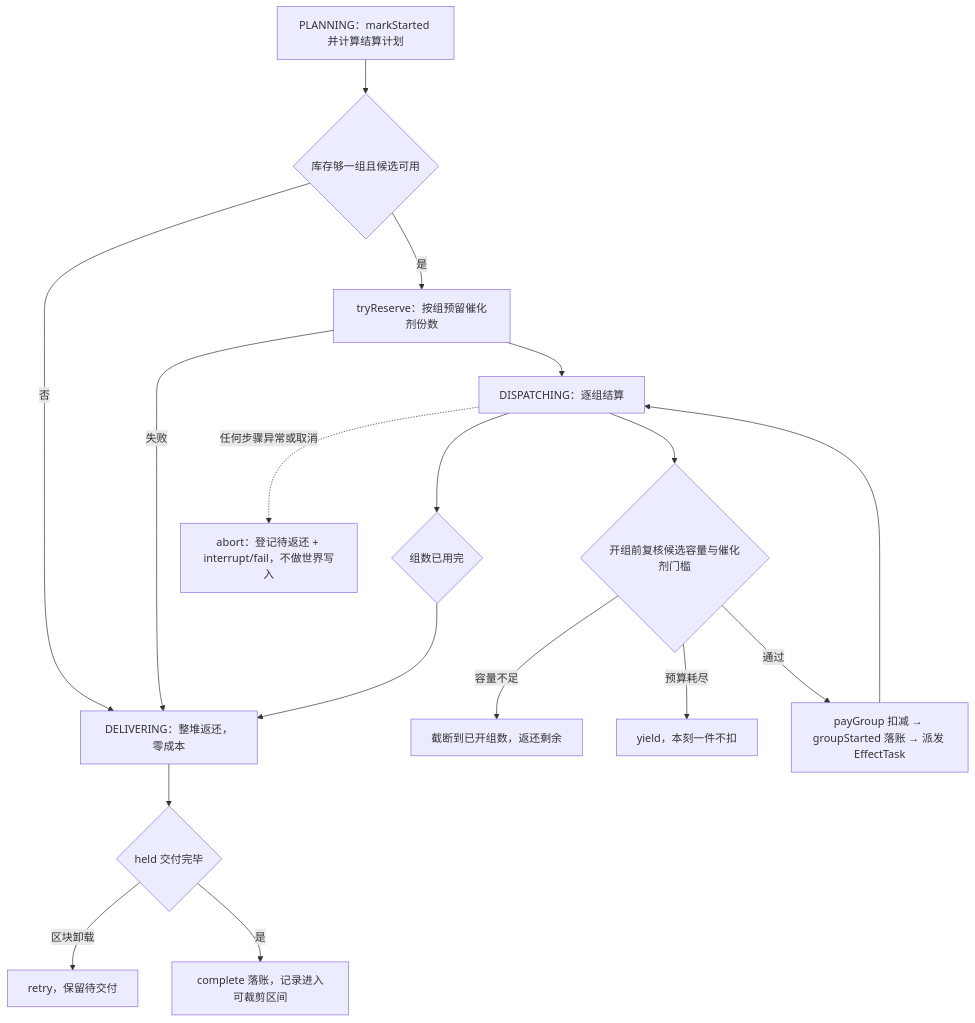
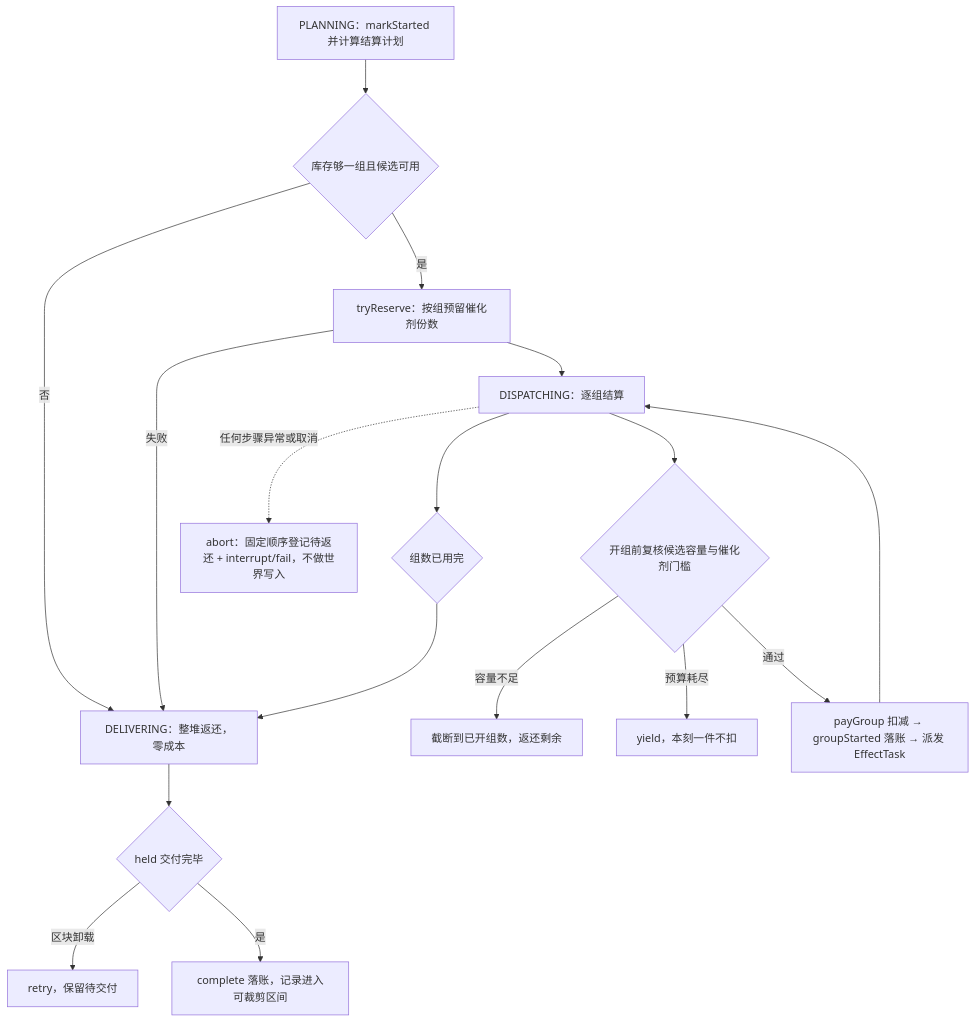
Before and after one commit to meteoritel/item-despawn-to-what: the third of 3 diagrams in docs/modules/conversion-runtime.md, drawn with Mermaid. The commit also changed other lines of this file and 18 other files, not shown here.

````diff
--- a/docs/modules/conversion-runtime.md
+++ b/docs/modules/conversion-runtime.md
@@ -130,19 +130,19 @@
 ```mermaid
 flowchart TB
     P["PLANNING：markStarted 并计算结算计划"] --> Q{"库存够一组且候选可用"}
     Q -->|"否"| DEL["DELIVERING：整堆返还，零成本"]
     Q -->|"是"| R["tryReserve：按组预留催化剂份数"]
     R -->|"失败"| DEL
     R --> S["DISPATCHING：逐组结算"]
     S --> T{"开组前复核候选容量与催化剂门槛"}
     T -->|"容量不足"| U["截断到已开组数，返还剩余"]
     T -->|"预算耗尽"| V["yield，本刻一件不扣"]
     T -->|"通过"| W["payGroup 扣减 → groupStarted 落账 → 派发 EffectTask"]
     W --> S
     S --> X{"组数已用完"}
     X --> DEL
     DEL --> Y{"held 交付完毕"}
     Y -->|"区块卸载"| Z["retry，保留待交付"]
     Y -->|"是"| DONE["complete 落账，记录进入可裁剪区间"]
-    S -.->|"任何步骤异常或取消"| AB["abort：登记待返还 + interrupt/fail，不做世界写入"]
+    S -.->|"任何步骤异常或取消"| AB["abort：固定顺序登记待返还 + interrupt/fail，不做世界写入"]
 ```
````
